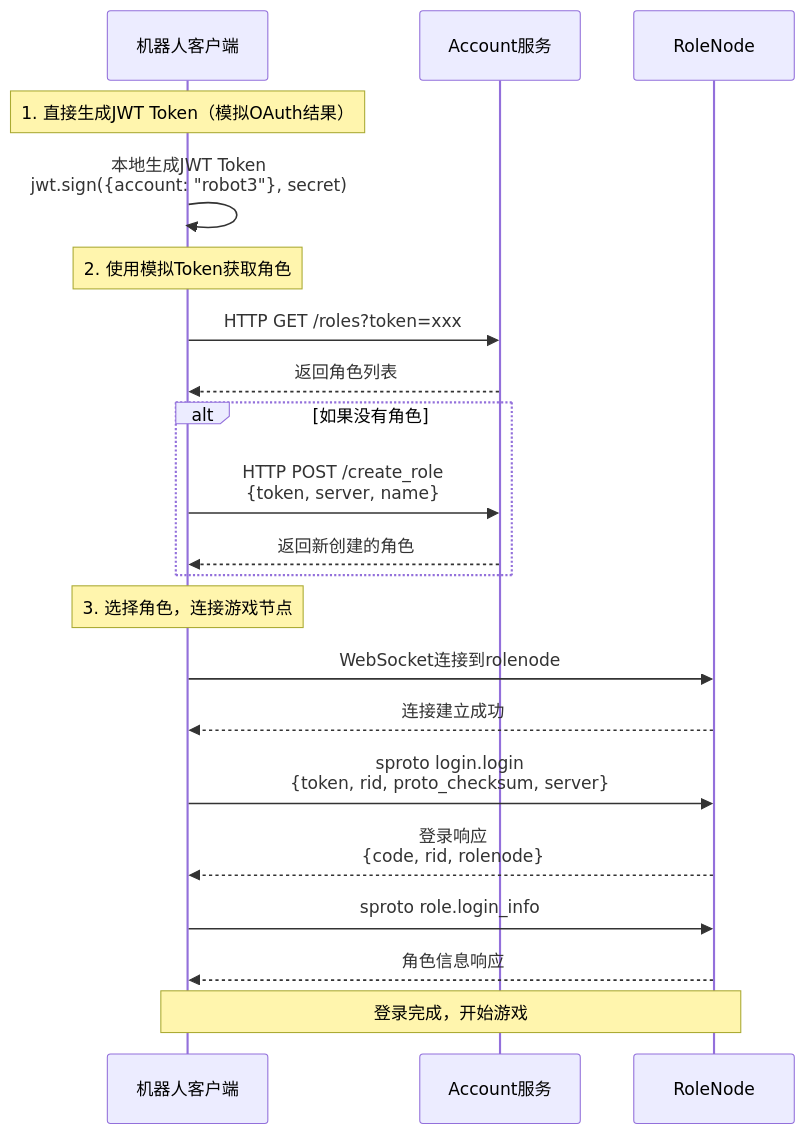
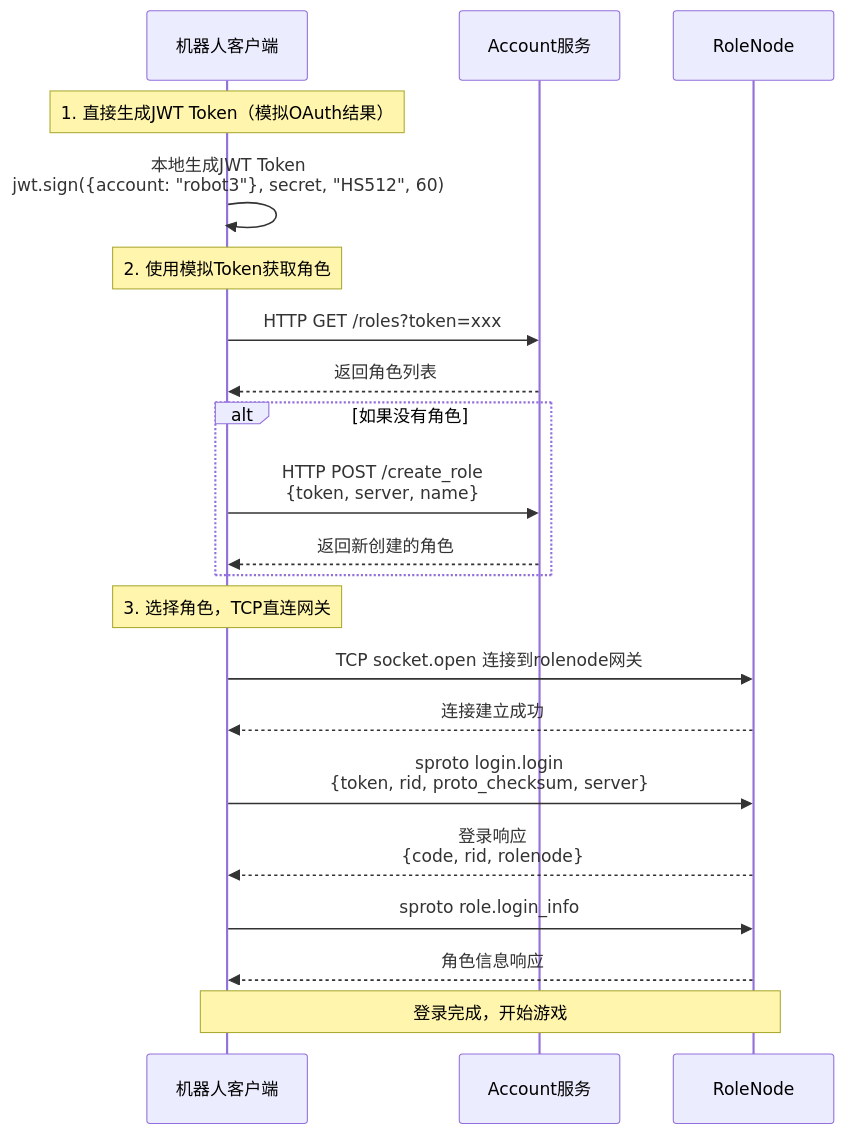
The sixth of 6 diagrams in docs/guide/login_diagram.md (hanxi/skyext), drawn with Mermaid before and after one commit. The commit also changed other lines of this file and 13 other files, not shown here.

````diff
--- a/docs/guide/login_diagram.md
+++ b/docs/guide/login_diagram.md
@@ -198,30 +200,30 @@
 ```mermaid
 sequenceDiagram
     participant RC as 机器人客户端
     participant A as Account服务
     participant R as RoleNode
 
     Note over RC: 1. 直接生成JWT Token（模拟OAuth结果）
-    RC->>RC: 本地生成JWT Token<br/>jwt.sign({account: "robot3"}, secret)
+    RC->>RC: 本地生成JWT Token<br/>jwt.sign({account: "robot3"}, secret, "HS512", 60)
 
     Note over RC: 2. 使用模拟Token获取角色
     RC->>A: HTTP GET /roles?token=xxx
     A-->>RC: 返回角色列表
 
     alt 如果没有角色
         RC->>A: HTTP POST /create_role<br/>{token, server, name}
         A-->>RC: 返回新创建的角色
     end
 
-    Note over RC: 3. 选择角色，连接游戏节点
-    RC->>R: WebSocket连接到rolenode
+    Note over RC: 3. 选择角色，TCP直连网关
+    RC->>R: TCP socket.open 连接到rolenode网关
     R-->>RC: 连接建立成功
 
     RC->>R: sproto login.login<br/>{token, rid, proto_checksum, server}
     R-->>RC: 登录响应<br/>{code, rid, rolenode}
 
     RC->>R: sproto role.login_info
     R-->>RC: 角色信息响应
 
     Note over RC,R: 登录完成，开始游戏
 ```
````
